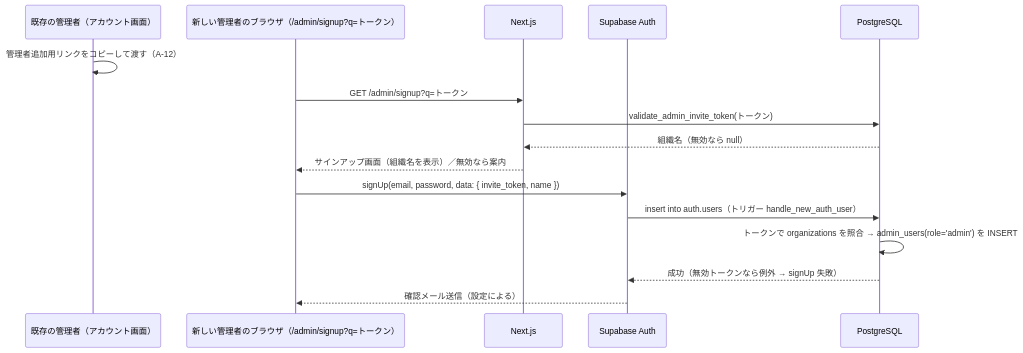
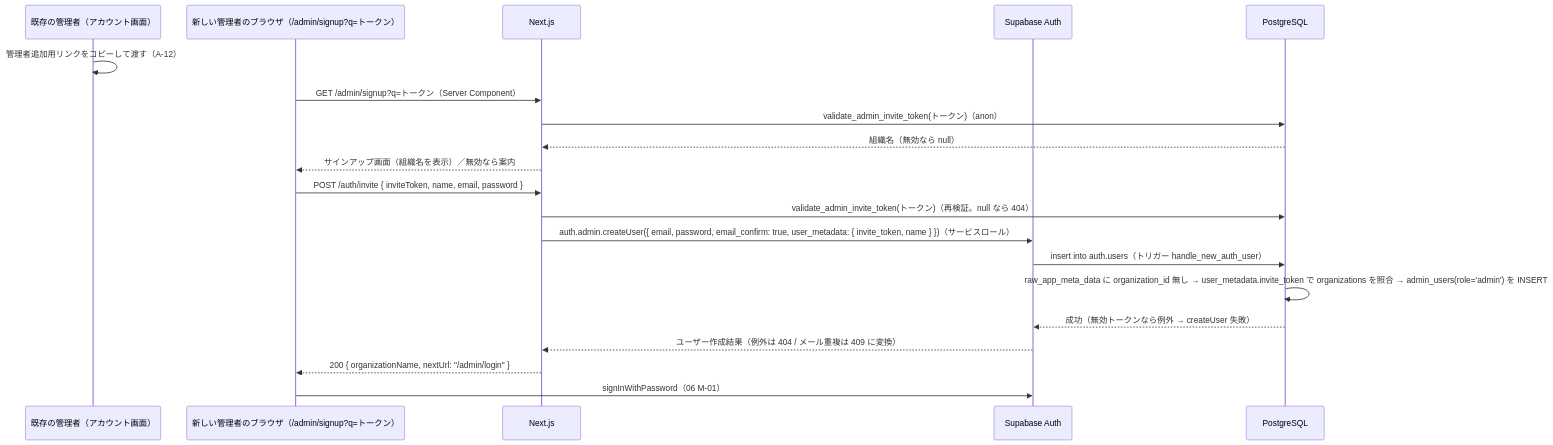
Before and after one commit to tanukichiyamaguchi/Tekisei-Kensa: the fourth of 4 diagrams in docs/基本設計/02_データベース設計.md, drawn with Mermaid. The commit also changed other lines of this file and 3 other files, not shown here.

````diff
--- a/docs/基本設計/02_データベース設計.md
+++ b/docs/基本設計/02_データベース設計.md
@@ -749,18 +755,22 @@
 ```mermaid
 sequenceDiagram
     participant O as 既存の管理者（アカウント画面）
     participant B as 新しい管理者のブラウザ（/admin/signup?q=トークン）
     participant N as Next.js
     participant A as Supabase Auth
     participant D as PostgreSQL
     O->>O: 管理者追加用リンクをコピーして渡す（A-12）
-    B->>N: GET /admin/signup?q=トークン
-    N->>D: validate_admin_invite_token(トークン)
+    B->>N: GET /admin/signup?q=トークン（Server Component）
+    N->>D: validate_admin_invite_token(トークン)（anon）
     D-->>N: 組織名（無効なら null）
     N-->>B: サインアップ画面（組織名を表示）／無効なら案内
-    B->>A: signUp(email, password, data: { invite_token, name })
+    B->>N: POST /auth/invite { inviteToken, name, email, password }
+    N->>D: validate_admin_invite_token(トークン)（再検証。null なら 404）
+    N->>A: auth.admin.createUser({ email, password, email_confirm: true, user_metadata: { invite_token, name } })（サービスロール）
     A->>D: insert into auth.users（トリガー handle_new_auth_user）
-    D->>D: トークンで organizations を照合 → admin_users(role='admin') を INSERT
-    D-->>A: 成功（無効トークンなら例外 → signUp 失敗）
-    A-->>B: 確認メール送信（設定による）
+    D->>D: raw_app_meta_data に organization_id 無し → user_metadata.invite_token で organizations を照合 → admin_users(role='admin') を INSERT
+    D-->>A: 成功（無効トークンなら例外 → createUser 失敗）
+    A-->>N: ユーザー作成結果（例外は 404 / メール重複は 409 に変換）
+    N-->>B: 200 { organizationName, nextUrl: "/admin/login" }
+    B->>A: signInWithPassword（06 M-01）
 ```
````
